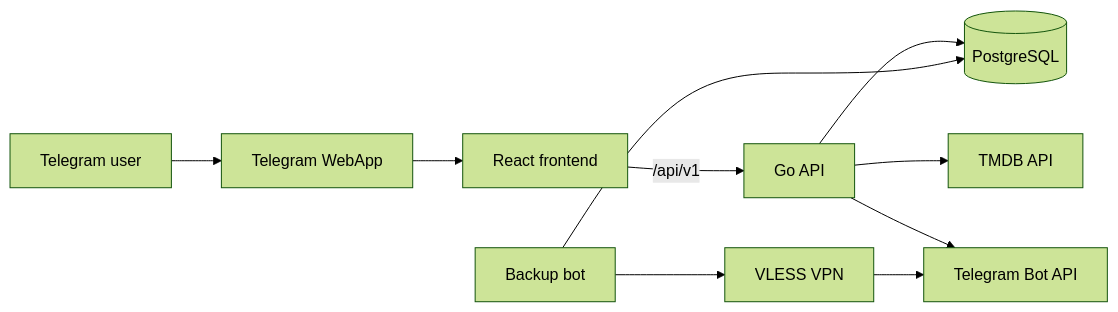
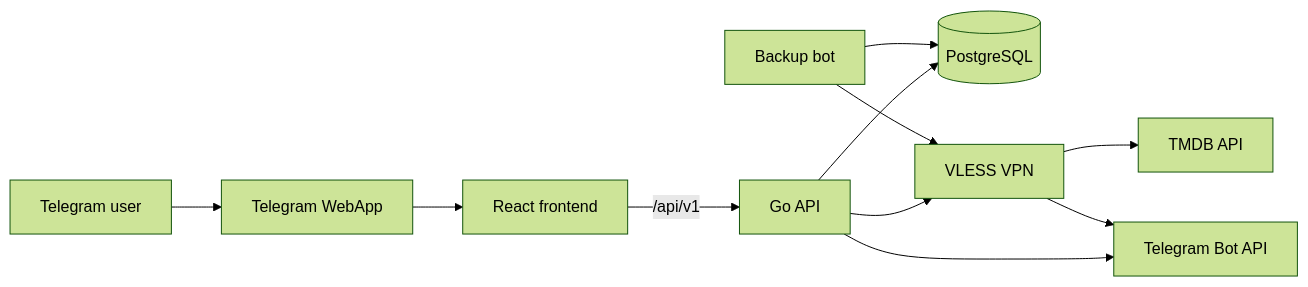
The diagram in README.md (kestfor/movies), drawn with Mermaid (forest theme) before and after one commit. The commit also changed other lines of this file and 11 other files, not shown here.

First line of the commit message:
feat: route TMDB traffic through VLESS (#12)

````diff
--- a/README.md
+++ b/README.md
@@ -33,12 +33,13 @@
 ```mermaid
 flowchart LR
     U[Telegram user] --> T[Telegram WebApp]
     T --> F[React frontend]
     F -->|/api/v1| A[Go API]
     A --> P[(PostgreSQL)]
-    A --> M[TMDB API]
+    A --> V[VLESS VPN]
+    V --> M[TMDB API]
     A --> B[Telegram Bot API]
     K[Backup bot] --> P
-    K --> V[VLESS VPN]
+    K --> V
     V --> B
 ```
````
